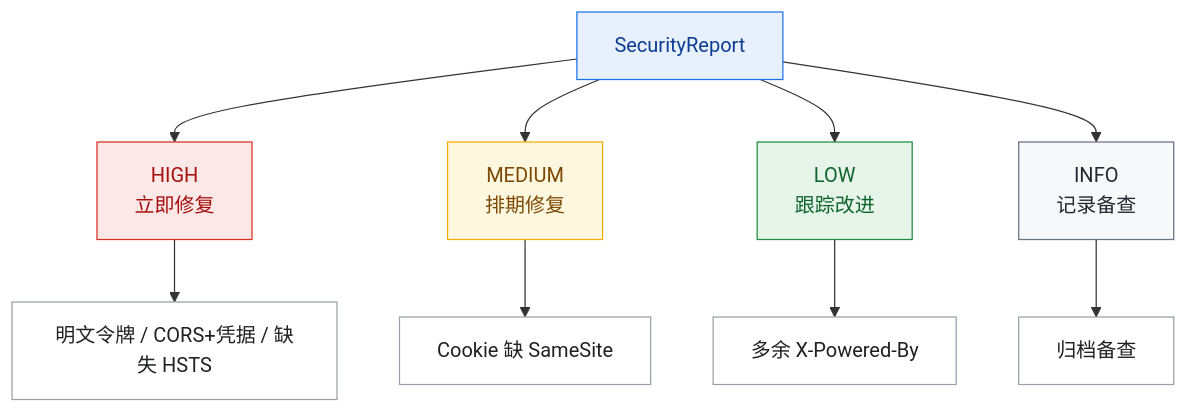
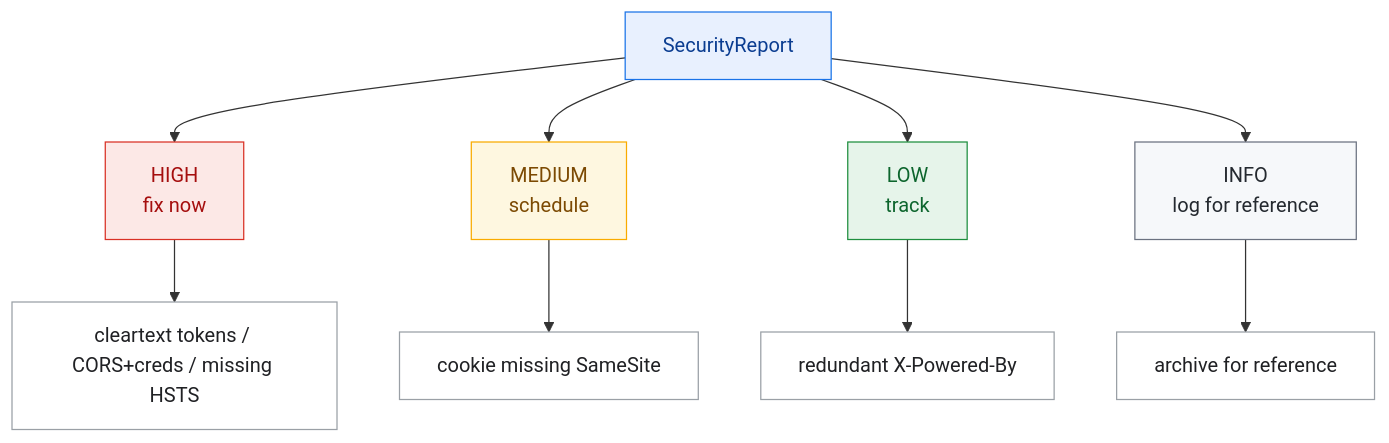
The second of 3 diagrams in website/zh/workflows/security-audit.md (hitechcloud-vietnam/har-skills), drawn with Mermaid before and after one commit. The commit also changed other lines of this file and 97 other files, not shown here.

````diff
--- a/website/zh/workflows/security-audit.md
+++ b/website/zh/workflows/security-audit.md
@@ -90,19 +92,19 @@
 ```mermaid
 flowchart TD
     R["SecurityReport"]:::input
-    H["HIGH<br/>立即修复"]:::high
-    M["MEDIUM<br/>排期修复"]:::med
-    L["LOW<br/>跟踪改进"]:::low
-    I["INFO<br/>记录备查"]:::info
-    R --> H --> HX["明文令牌 / CORS+凭据 / 缺失 HSTS"]:::act
-    R --> M --> MX["Cookie 缺 SameSite"]:::act
-    R --> L --> LX["多余 X-Powered-By"]:::act
-    R --> I --> IX["归档备查"]:::act
+    H["HIGH<br/>fix now"]:::high
+    M["MEDIUM<br/>schedule"]:::med
+    L["LOW<br/>track"]:::low
+    I["INFO<br/>log for reference"]:::info
+    R --> H --> HX["cleartext tokens / CORS+creds / missing HSTS"]:::act
+    R --> M --> MX["cookie missing SameSite"]:::act
+    R --> L --> LX["redundant X-Powered-By"]:::act
+    R --> I --> IX["archive for reference"]:::act
 
     classDef input fill:#e8f0fe,stroke:#1a73e8,color:#0b3d91
     classDef high fill:#fce8e6,stroke:#d93025,color:#a50e0e
     classDef med fill:#fef7e0,stroke:#f9ab00,color:#7c4a03
     classDef low fill:#e6f4ea,stroke:#1e8e3e,color:#0d652d
     classDef info fill:#f6f8fa,stroke:#6b7280,color:#24292f
     classDef act fill:#fff,stroke:#9aa0a6,color:#202124
 ```
````
